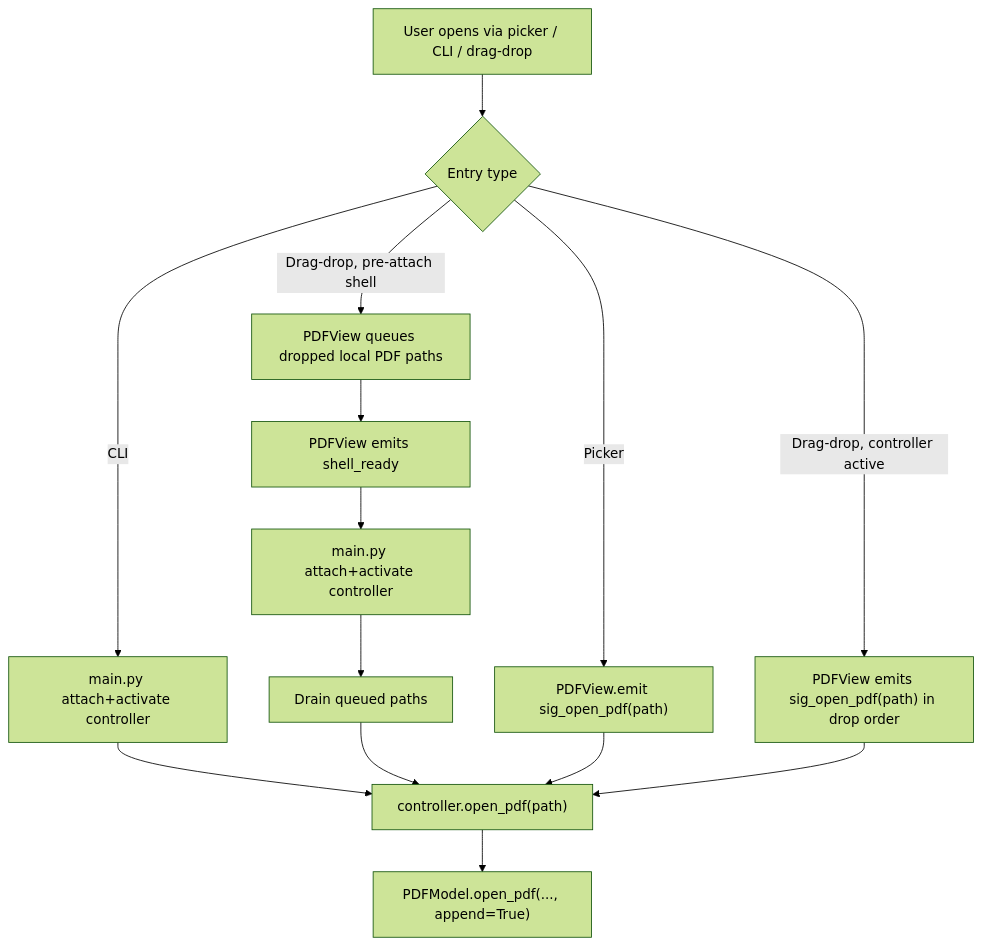
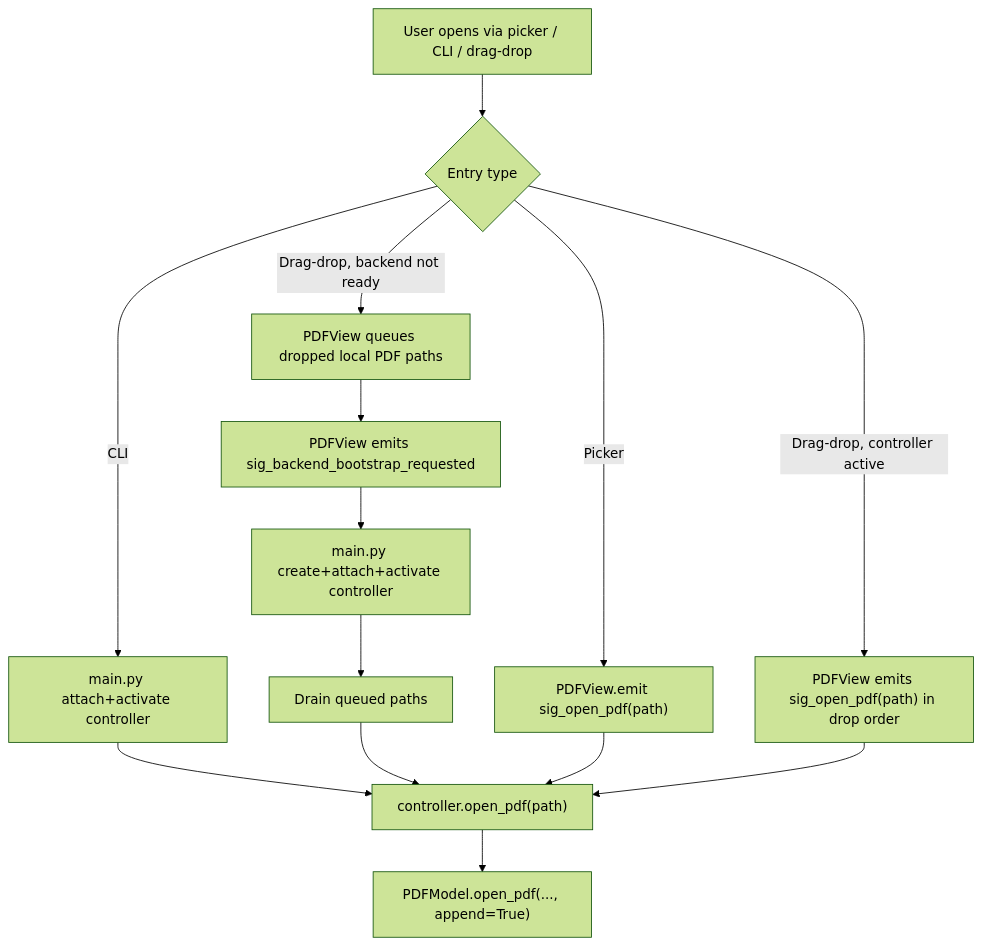
The first of 2 diagrams in docs/ARCHITECTURE.md (CyberSaga/pdf_editor), drawn with Mermaid (forest theme) before and after one commit. The commit also changed other lines of this file and 4 other files, not shown here.

````diff
--- a/docs/ARCHITECTURE.md
+++ b/docs/ARCHITECTURE.md
@@ -120,16 +125,16 @@
 ```mermaid
 flowchart TD
   A["User opens via picker / CLI / drag-drop"] --> B{"Entry type"}
   B -->|Picker| C["PDFView.emit sig_open_pdf(path)"]
   B -->|CLI| D["main.py attach+activate controller"]
   B -->|Drag-drop, controller active| E["PDFView emits sig_open_pdf(path) in drop order"]
-  B -->|Drag-drop, pre-attach shell| F["PDFView queues dropped local PDF paths"]
-  F --> G["PDFView emits shell_ready"]
-  G --> H["main.py attach+activate controller"]
+  B -->|Drag-drop, backend not ready| F["PDFView queues dropped local PDF paths"]
+  F --> G["PDFView emits sig_backend_bootstrap_requested"]
+  G --> H["main.py create+attach+activate controller"]
   H --> I["Drain queued paths"]
   D --> J["controller.open_pdf(path)"]
   I --> J
   C --> J
   E --> J
   J --> K["PDFModel.open_pdf(..., append=True)"]
 ```
````
